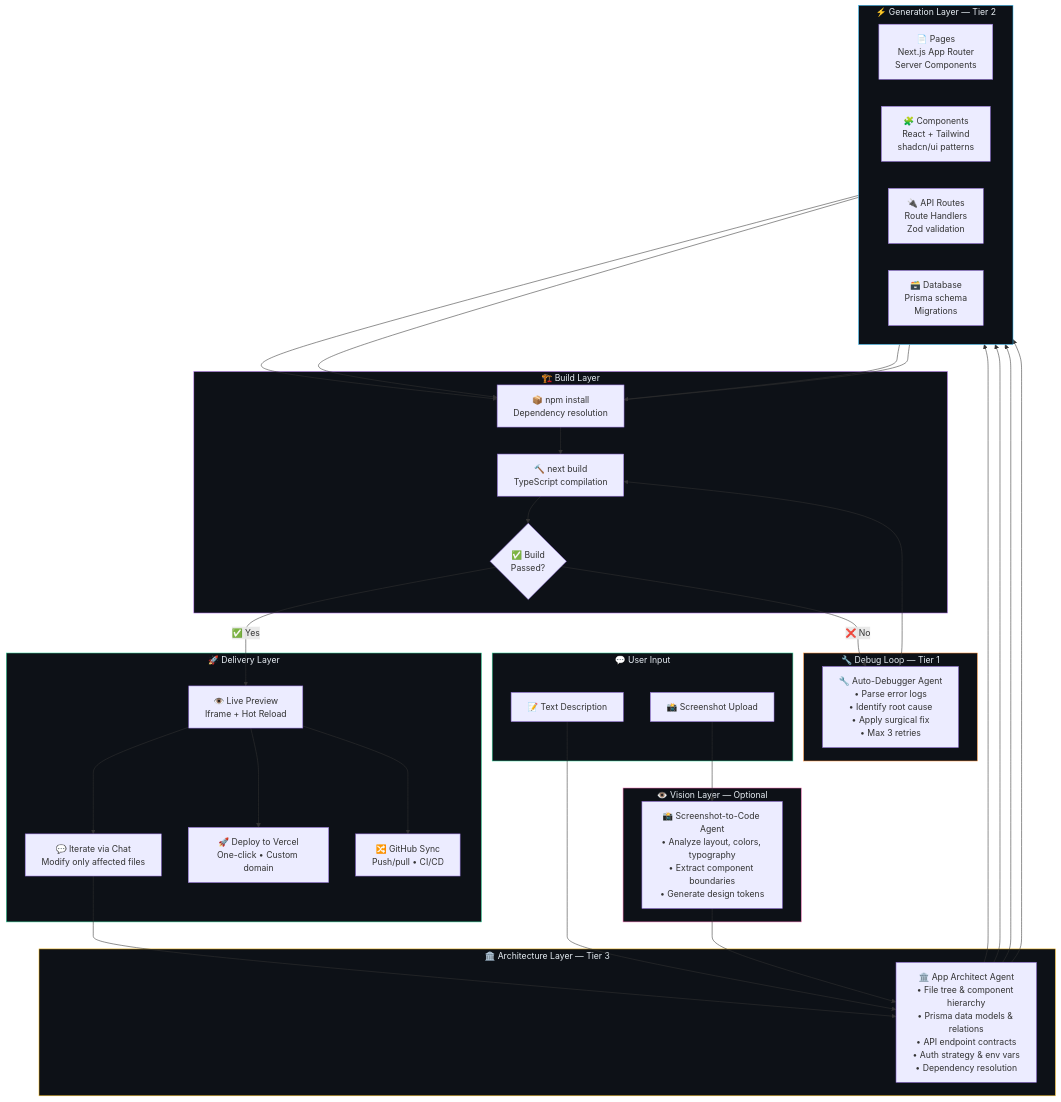
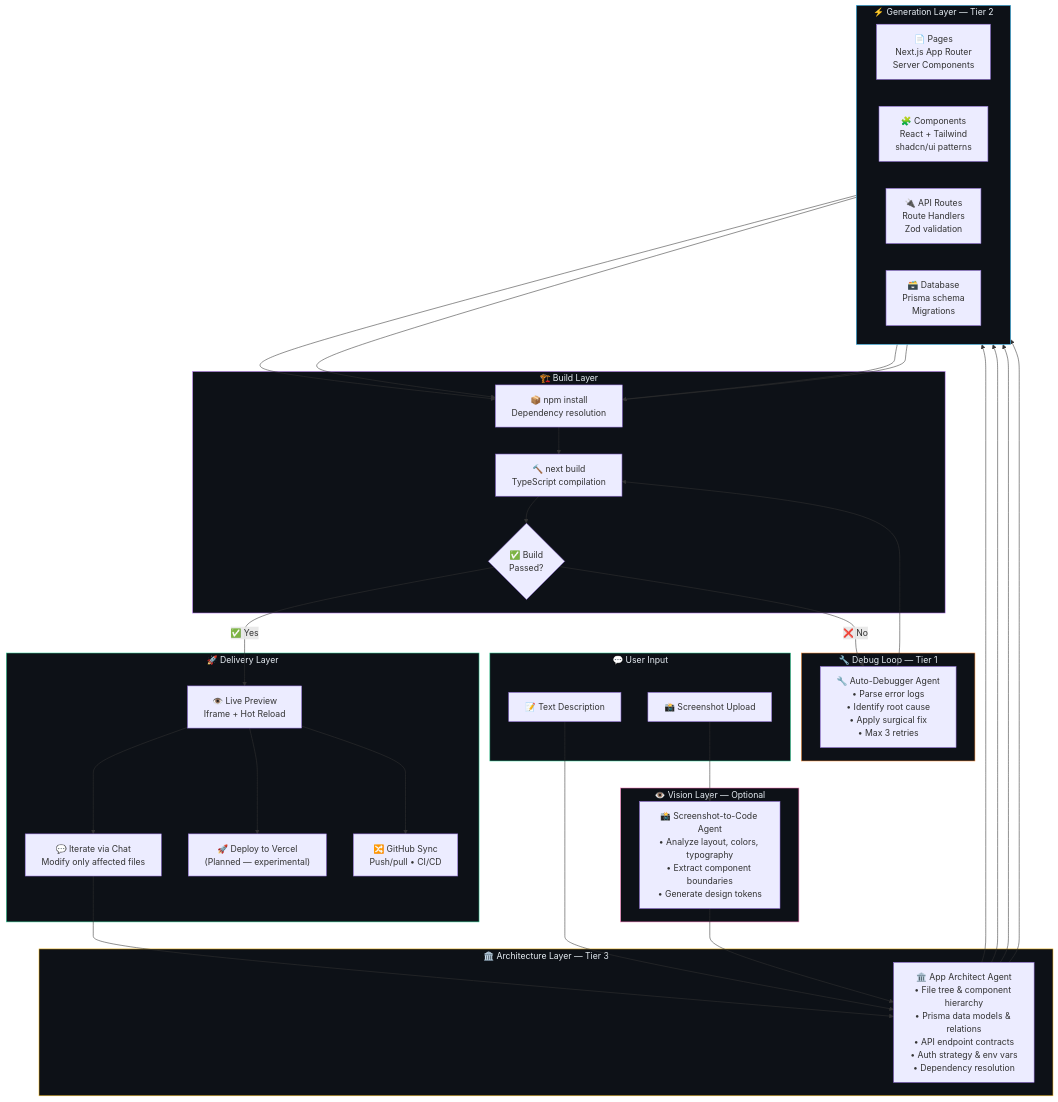
The fourth of 4 diagrams in README.md (inbharatai/jak-swarm), drawn with Mermaid before and after one commit. The commit also changed other lines of this file and 46 other files, not shown here.

````diff
--- a/README.md
+++ b/README.md
@@ -347,58 +347,58 @@
 ```mermaid
 flowchart TD
     subgraph INPUT["💬 User Input"]
         A["📝 Text Description"]
         B["📸 Screenshot Upload"]
     end
 
     subgraph VISION["👁️ Vision Layer — Optional"]
         C["📸 Screenshot-to-Code Agent\n• Analyze layout, colors, typography\n• Extract component boundaries\n• Generate design tokens"]
     end
 
     subgraph ARCHITECT["🏛️ Architecture Layer — Tier 3"]
         D["🏛️ App Architect Agent\n• File tree & component hierarchy\n• Prisma data models & relations\n• API endpoint contracts\n• Auth strategy & env vars\n• Dependency resolution"]
     end
 
     subgraph GENERATE["⚡ Generation Layer — Tier 2"]
         direction LR
         E["📄 Pages\nNext.js App Router\nServer Components"]
         F["🧩 Components\nReact + Tailwind\nshadcn/ui patterns"]
         G["🔌 API Routes\nRoute Handlers\nZod validation"]
         H["🗃️ Database\nPrisma schema\nMigrations"]
     end
 
     subgraph SANDBOX["🏗️ Build Layer"]
         I["📦 npm install\nDependency resolution"]
         J["🔨 next build\nTypeScript compilation"]
         K{"✅ Build\nPassed?"}
     end
 
     subgraph DEBUG["🔧 Debug Loop — Tier 1"]
         L["🔧 Auto-Debugger Agent\n• Parse error logs\n• Identify root cause\n• Apply surgical fix\n• Max 3 retries"]
     end
 
     subgraph DELIVER["🚀 Delivery Layer"]
         M["👁️ Live Preview\nIframe + Hot Reload"]
         N["💬 Iterate via Chat\nModify only affected files"]
-        O["🚀 Deploy to Vercel\nOne-click • Custom domain"]
+        O["🚀 Deploy to Vercel\n(Planned — experimental)"]
         P["🔀 GitHub Sync\nPush/pull • CI/CD"]
     end
 
     A --> D
     B --> C --> D
     D --> E & F & G & H
     E & F & G & H --> I --> J --> K
     K -->|"✅ Yes"| M
     K -->|"❌ No"| L --> J
     M --> N --> D
     M --> O
     M --> P
 
     style INPUT fill:#0d1117,stroke:#34d399,color:#e6edf3
     style VISION fill:#0d1117,stroke:#f472b6,color:#e6edf3
     style ARCHITECT fill:#0d1117,stroke:#fbbf24,color:#e6edf3
     style GENERATE fill:#0d1117,stroke:#38bdf8,color:#e6edf3
     style SANDBOX fill:#0d1117,stroke:#c084fc,color:#e6edf3
     style DEBUG fill:#0d1117,stroke:#fb923c,color:#e6edf3
     style DELIVER fill:#0d1117,stroke:#34d399,color:#e6edf3
 ```
````
